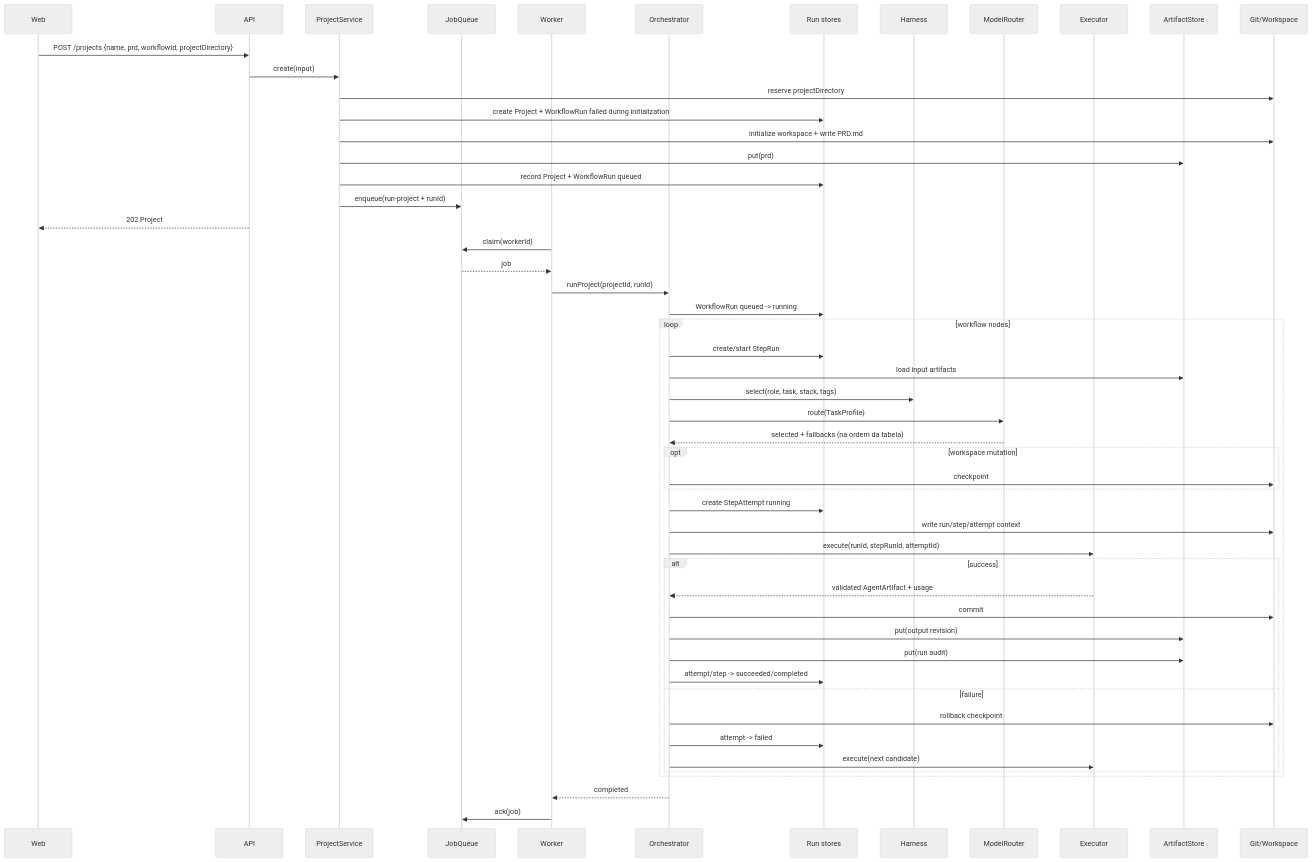
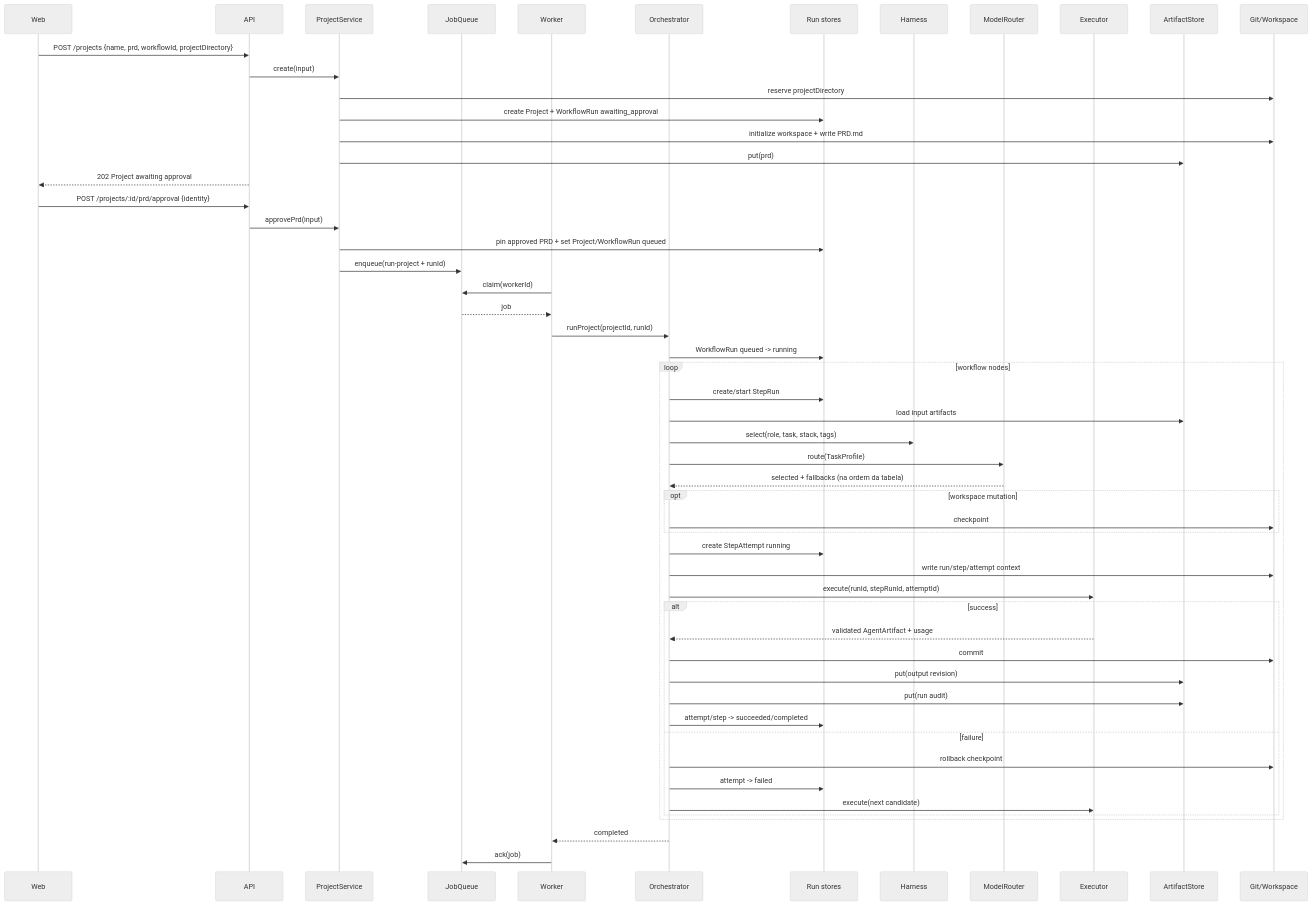
One commit to eedsilva/agent-foundry changed the second of 2 diagrams in docs/ARCHITECTURE.md. Above: the diagram before and after it, drawn with Mermaid (neutral theme). The commit also changed other lines of this file and 72 other files, not shown here.

First line of the commit message:
feat(#602): gate the run queue behind explicit PRD approval (#687)

````diff
--- a/docs/ARCHITECTURE.md
+++ b/docs/ARCHITECTURE.md
@@ -145,58 +145,61 @@
 ```mermaid
 sequenceDiagram
     participant UI as Web
     participant API as API
     participant PS as ProjectService
     participant Q as JobQueue
     participant W as Worker
     participant O as Orchestrator
     participant S as Run stores
     participant H as Harness
     participant R as ModelRouter
     participant E as Executor
     participant A as ArtifactStore
     participant G as Git/Workspace
 
     UI->>API: POST /projects {name, prd, workflowId, projectDirectory}
     API->>PS: create(input)
     PS->>G: reserve projectDirectory
-    PS->>S: create Project + WorkflowRun failed during initialization
+    PS->>S: create Project + WorkflowRun awaiting_approval
     PS->>G: initialize workspace + write PRD.md
     PS->>A: put(prd)
-    PS->>S: record Project + WorkflowRun queued
+    API-->>UI: 202 Project awaiting approval
+
+    UI->>API: POST /projects/:id/prd/approval {identity}
+    API->>PS: approvePrd(input)
+    PS->>S: pin approved PRD + set Project/WorkflowRun queued
     PS->>Q: enqueue(run-project + runId)
-    API-->>UI: 202 Project
 
     W->>Q: claim(workerId)
     Q-->>W: job
     W->>O: runProject(projectId, runId)
     O->>S: WorkflowRun queued -> running
 
     loop workflow nodes
       O->>S: create/start StepRun
       O->>A: load input artifacts
       O->>H: select(role, task, stack, tags)
       O->>R: route(TaskProfile)
       R-->>O: selected + fallbacks (na ordem da tabela)
       opt workspace mutation
         O->>G: checkpoint
       end
       O->>S: create StepAttempt running
       O->>G: write run/step/attempt context
       O->>E: execute(runId, stepRunId, attemptId)
       alt success
         E-->>O: validated AgentArtifact + usage
         O->>G: commit
         O->>A: put(output revision)
         O->>A: put(run audit)
         O->>S: attempt/step -> succeeded/completed
       else failure
         O->>G: rollback checkpoint
         O->>S: attempt -> failed
         O->>E: execute(next candidate)
       end
     end
 
     O-->>W: completed
     W->>Q: ack(job)
 ```
````
